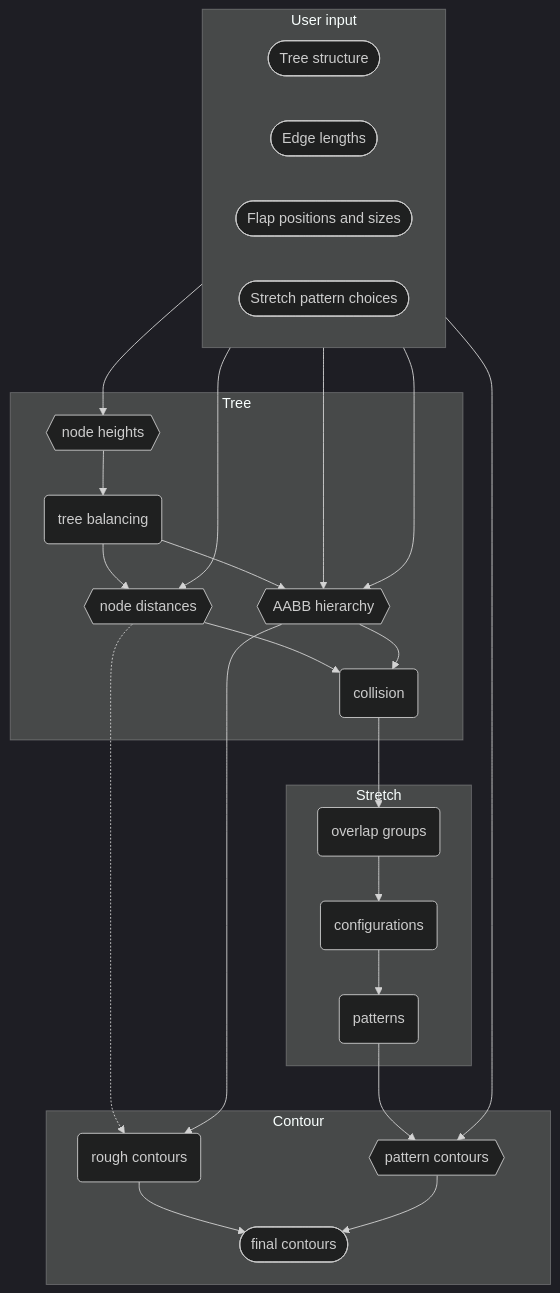
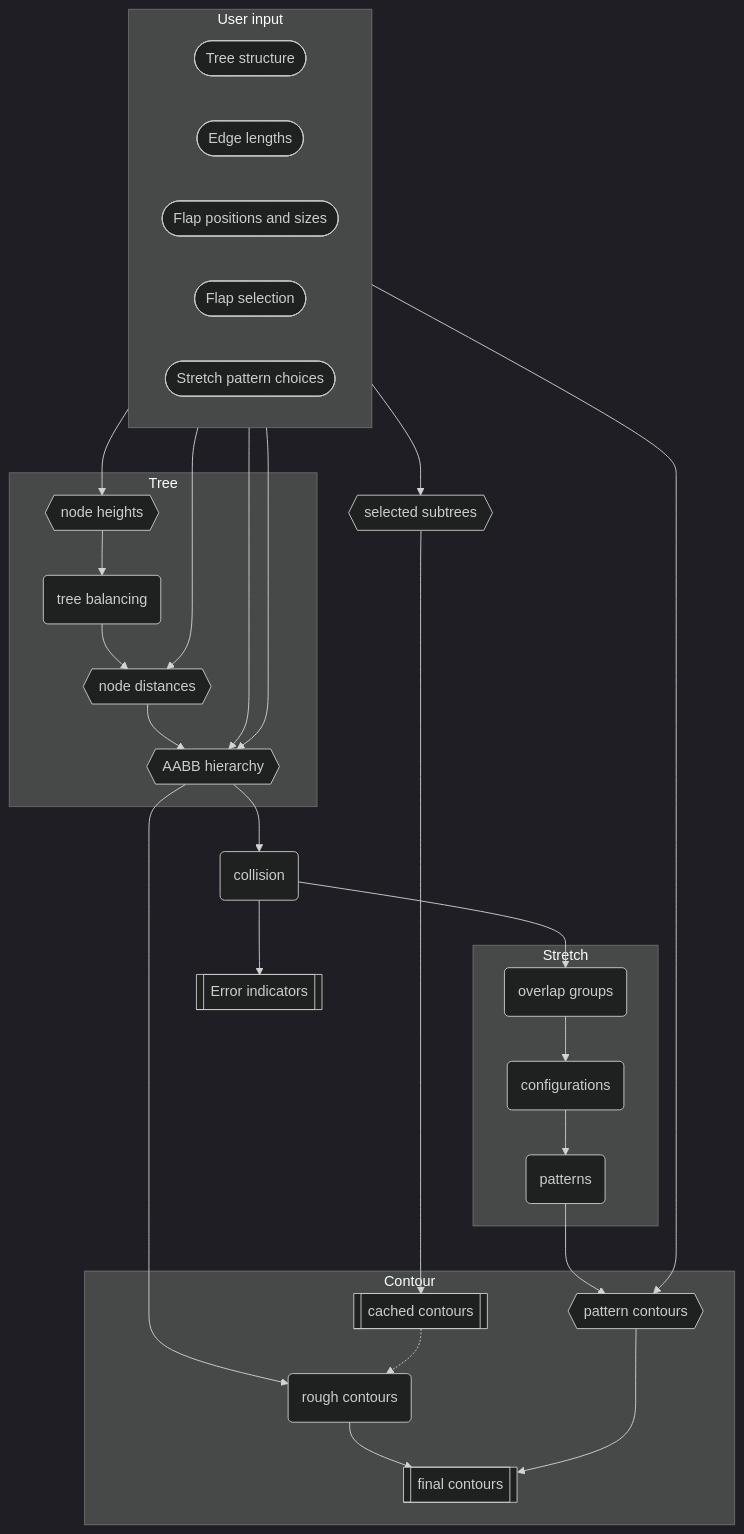
One commit to bp-studio/box-pleating-studio changed the diagram in src/core/README.md. Above: the diagram before and after it, drawn with Mermaid (dark theme). The commit also changed 17 other files, not shown here.

Commit message:
Refactor layered architecture

````diff
--- a/src/core/README.md
+++ b/src/core/README.md
@@ -16,33 +16,39 @@
 ```mermaid
 flowchart TB
 subgraph User input
 	direction LR
-	A([Tree structure])
-	B([Edge lengths])
-	C([Flap positions and sizes])
-	D([Stretch pattern choices])
+	T([Tree structure])
+	L([Edge lengths])
+	F([Flap positions and sizes])
+	S([Flap selection])
+	P([Stretch pattern choices])
 end
 subgraph Tree
 	h{{node heights}}
-	o(tree balancing)
+	b(tree balancing)
 	d{{node distances}}
 	a{{AABB hierarchy}}
-	k(collision)
 end
+s{{selected subtrees}}
+k(collision)
 subgraph Stretch
 	g(overlap groups)
 	c(configurations)
 	p(patterns)
 end
+e[[Error indicators]]
 subgraph Contour
+	cc[[cached contours]]
 	rc(rough contours)
 	pc{{pattern contours}}
-	fc([final contours])
+	fc[[final contours]]
 end
 
-A --> h --> o
-o & B --> d -.-> rc
-o & B & C --> a --> rc --> fc
-d & a --> k --> g --> c --> p
-p & D --> pc --> fc
+T --> h --> b
+b & L --> d --> a
+L & F --> a --> rc --> fc
+a --> k --> e & g
+g --> c --> p
+S --> s ---------> cc -.-> rc
+p & P --> pc --> fc
 ```
````
